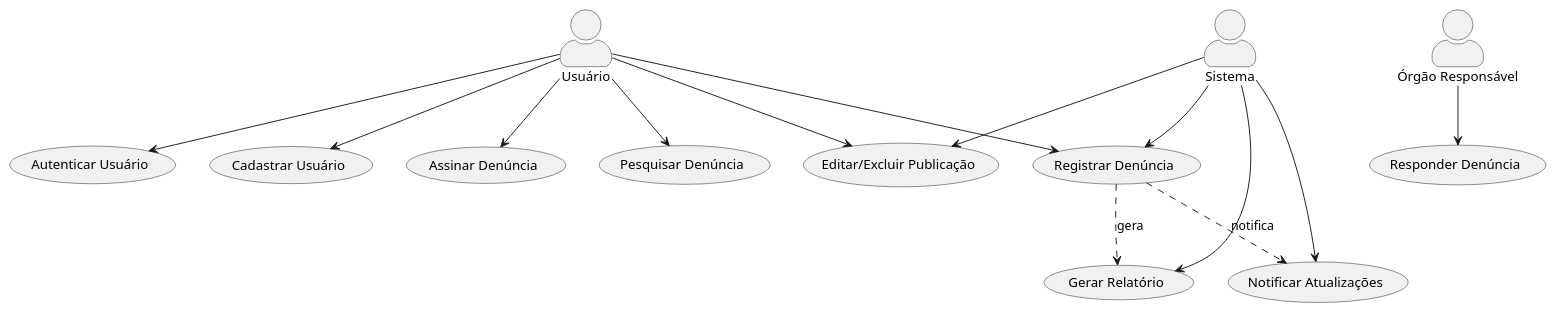
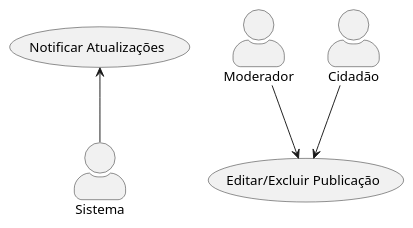
One commit to rafa-alves6/Reclama.se-AOO changed the first of 2 diagrams in modelos/UC_Pesquisar.md. Above: the diagram before and after it, drawn with PlantUML. The commit also changed other lines of this file, not shown here.

````diff
--- a/modelos/UC_Pesquisar.md
+++ b/modelos/UC_Pesquisar.md
@@ -26,28 +26,15 @@
 ```puml
 @startuml
 
 skinparam actorStyle awesome
 
-actor "Usuário" as U
-actor "Órgão Responsável" as O
+actor "Moderador" as M
 actor "Sistema" as S
+actor "Cidadão" as C
 
-U --> (Cadastrar Usuário)
-U --> (Autenticar Usuário)
-U --> (Registrar Denúncia)
-U --> (Assinar Denúncia)
-U --> (Pesquisar Denúncia)
-U --> (Editar/Excluir Publicação)
-
-S --> (Notificar Atualizações)
-S --> (Registrar Denúncia)
-S --> (Gerar Relatório)
-S --> (Editar/Excluir Publicação)
-
-O --> (Responder Denúncia)
-
-(Registrar Denúncia) .down.> (Gerar Relatório) : gera
-(Registrar Denúncia) .down.> (Notificar Atualizações) : notifica
+C --> (Editar/Excluir Publicação)
+M --> (Editar/Excluir Publicação)
+S -up-> (Notificar Atualizações)
 
 @enduml
 ```
````
